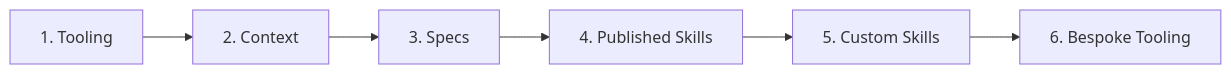
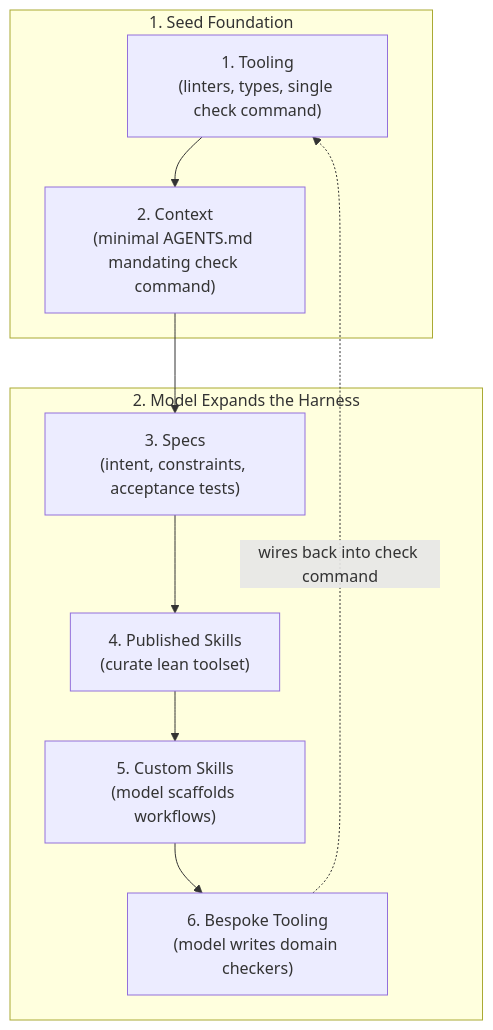
One commit to bwrob/bwrob.github.io changed the second of 2 diagrams in posts/26-10-03-agentic-harness-fundamentals/index.qmd. Above: the diagram before and after it, drawn with Mermaid. The commit also changed other lines of this file and 1 other file, not shown here.

````diff
--- a/posts/26-10-03-agentic-harness-fundamentals/index.qmd
+++ b/posts/26-10-03-agentic-harness-fundamentals/index.qmd
@@ -174,8 +187,18 @@
 ```{mermaid}
-flowchart LR
-    A["1. Tooling"] --> B["2. Context"]
-    B --> C["3. Specs"]
-    C --> D["4. Published Skills"]
-    D --> E["5. Custom Skills"]
-    E --> F["6. Bespoke Tooling"]
+flowchart TD
+    subgraph Seed["1. Seed Foundation"]
+        A["1. Tooling<br/>(linters, types, single check command)"]
+        B["2. Context<br/>(minimal AGENTS.md mandating check command)"]
+        A --> B
+    end
+
+    B --> C["3. Specs<br/>(intent, constraints, acceptance tests)"]
+
+    subgraph Expansion["2. Model Expands the Harness"]
+        C --> D["4. Published Skills<br/>(curate lean toolset)"]
+        D --> E["5. Custom Skills<br/>(model scaffolds workflows)"]
+        E --> F["6. Bespoke Tooling<br/>(model writes domain checkers)"]
+    end
+
+    F -. "wires back into check command" .-> A
 ```
````
